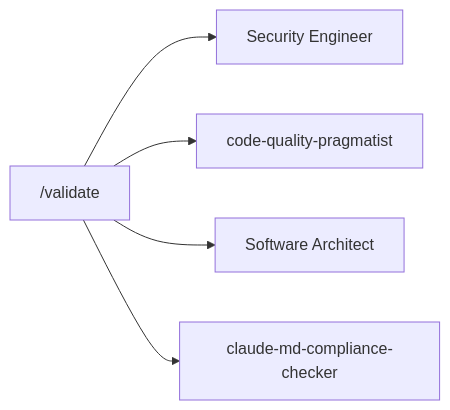
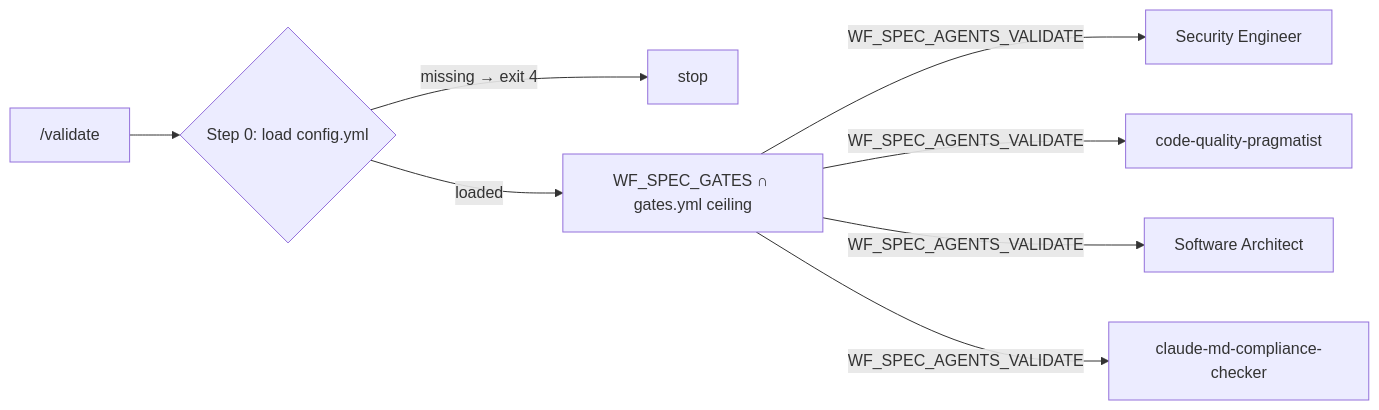
One commit to AlarQ/SDD-hub changed the eighth of 14 diagrams in docs/workflow-diagram.md. Above: the diagram before and after it, drawn with Mermaid. The commit also changed other lines of this file and 79 other files, not shown here.

````diff
--- a/docs/workflow-diagram.md
+++ b/docs/workflow-diagram.md
@@ -247,7 +276,10 @@
 ```mermaid
 graph LR
-    VA["/validate"] --> SE[Security Engineer]
-    VA --> CQP[code-quality-pragmatist]
-    VA --> SA[Software Architect]
-    VA --> CMC[claude-md-compliance-checker]
+    VA["/validate"] --> CFG0{Step 0: load config.yml}
+    CFG0 -->|missing → exit 4| STOP_VA[stop]
+    CFG0 -->|loaded| CEIL["WF_SPEC_GATES ∩ gates.yml ceiling"]
+    CEIL -->|WF_SPEC_AGENTS_VALIDATE| SE[Security Engineer]
+    CEIL -->|WF_SPEC_AGENTS_VALIDATE| CQP[code-quality-pragmatist]
+    CEIL -->|WF_SPEC_AGENTS_VALIDATE| SA[Software Architect]
+    CEIL -->|WF_SPEC_AGENTS_VALIDATE| CMC[claude-md-compliance-checker]
 ```
````
